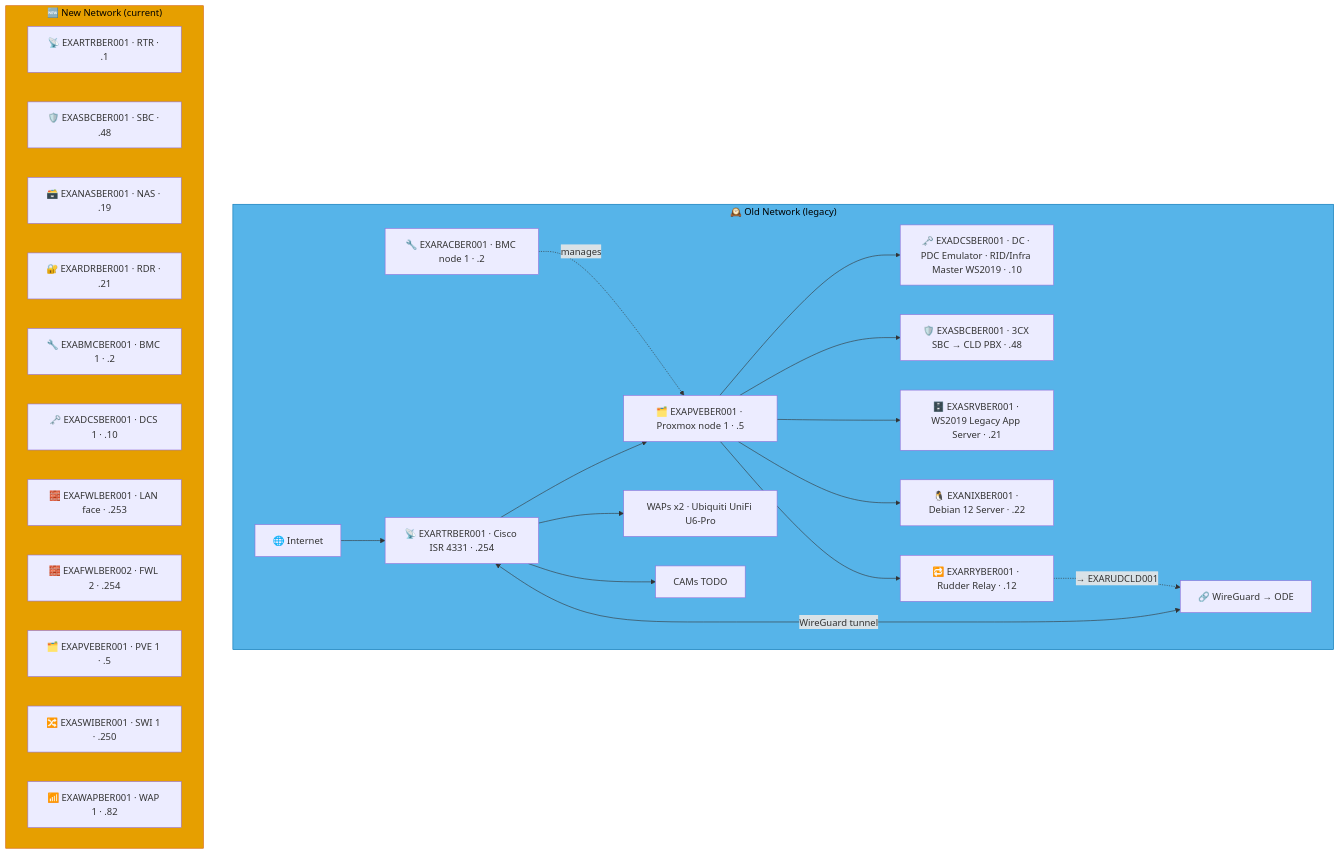
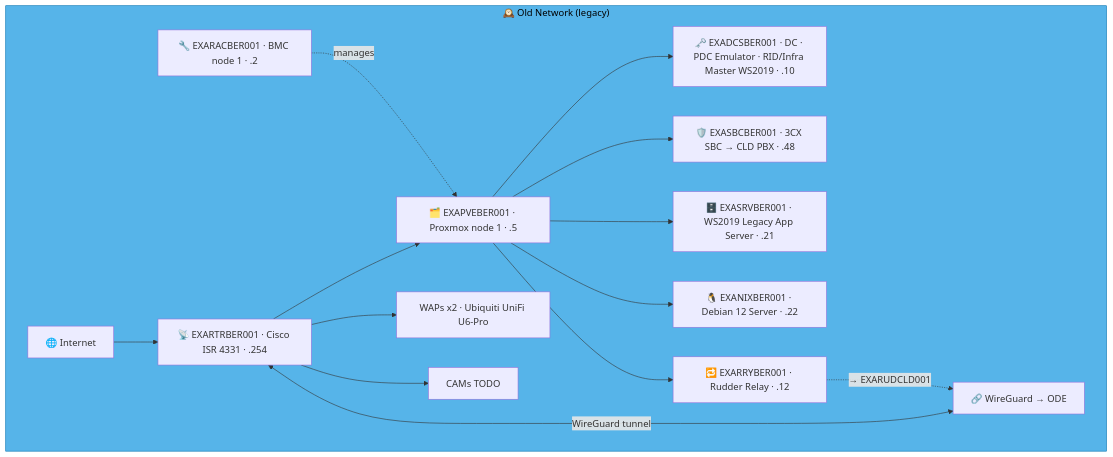
Before and after one commit to knightmare2600/example_music_infra: the third of 10 diagrams in docs/network-diagram/deutschland.md, drawn with Mermaid. The commit also changed other lines of this file and 35 other files, not shown here.

````diff
--- a/docs/network-diagram/deutschland.md
+++ b/docs/network-diagram/deutschland.md
@@ -81,42 +103,26 @@
 ```mermaid
 graph TD
     subgraph OLD_BER ["🕰️ Old Network (legacy)"]
       INET["🌐 Internet"]
       RTR["📡 EXARTRBER001 · Cisco ISR 4331 · .254"]
       RAC["🔧 EXARACBER001 · BMC node 1 · .2"]
       PVE["🗂️ EXAPVEBER001 · Proxmox node 1 · .5"]
       DC["🗝️ EXADCSBER001 · DC · PDC Emulator · RID/Infra Master WS2019 · .10"]
       SBC["🛡️ EXASBCBER001 · 3CX SBC → CLD PBX · .48"]
       RRY["🔁 EXARRYBER001 · Rudder Relay · .12"]
       SRV["🗄️ EXASRVBER001 · WS2019 Legacy App Server · .21"]
       NIX["🐧 EXANIXBER001 · Debian 12 Server · .22"]
       WAP["WAPs x2 · Ubiquiti UniFi U6-Pro"]
       CAM["CAMs TODO"]
       VPN["🔗 WireGuard → ODE"]
 
       INET --> RTR --> PVE --> DC & SBC & SRV & NIX
       RAC -.->|"manages"| PVE
       RTR --> WAP & CAM
       RTR <-->|"WireGuard tunnel"| VPN
 
       PVE --> RRY
       RRY -. "→ EXARUDCLD001" .-> VPN
     end
     style OLD_BER fill:#56B4E9,stroke:#0072B2,color:#000000
-    %% GENERATED:NEW-NETWORK:BER:START
-    subgraph NEW_BER ["🆕 New Network (current)"]
-      N_RTR["📡 EXARTRBER001 · RTR · .1"]
-      N_SBC["🛡️ EXASBCBER001 · SBC · .48"]
-      N_NAS["🗃️ EXANASBER001 · NAS · .19"]
-      N_RDR["🔐 EXARDRBER001 · RDR · .21"]
-      N_BMC["🔧 EXABMCBER001 · BMC 1 · .2"]
-      N_DCS["🗝️ EXADCSBER001 · DCS 1 · .10"]
-      N_FWL["🧱 EXAFWLBER001 · LAN face · .253"]
-      N_FWL2["🧱 EXAFWLBER002 · FWL 2 · .254"]
-      N_PVE["🗂️ EXAPVEBER001 · PVE 1 · .5"]
-      N_SWI["🔀 EXASWIBER001 · SWI 1 · .250"]
-      N_WAP["📶 EXAWAPBER001 · WAP 1 · .82"]
-    end
-    style NEW_BER fill:#E69F00,stroke:#D55E00,color:#000000
-    %% GENERATED:NEW-NETWORK:BER:END
 ```
````
